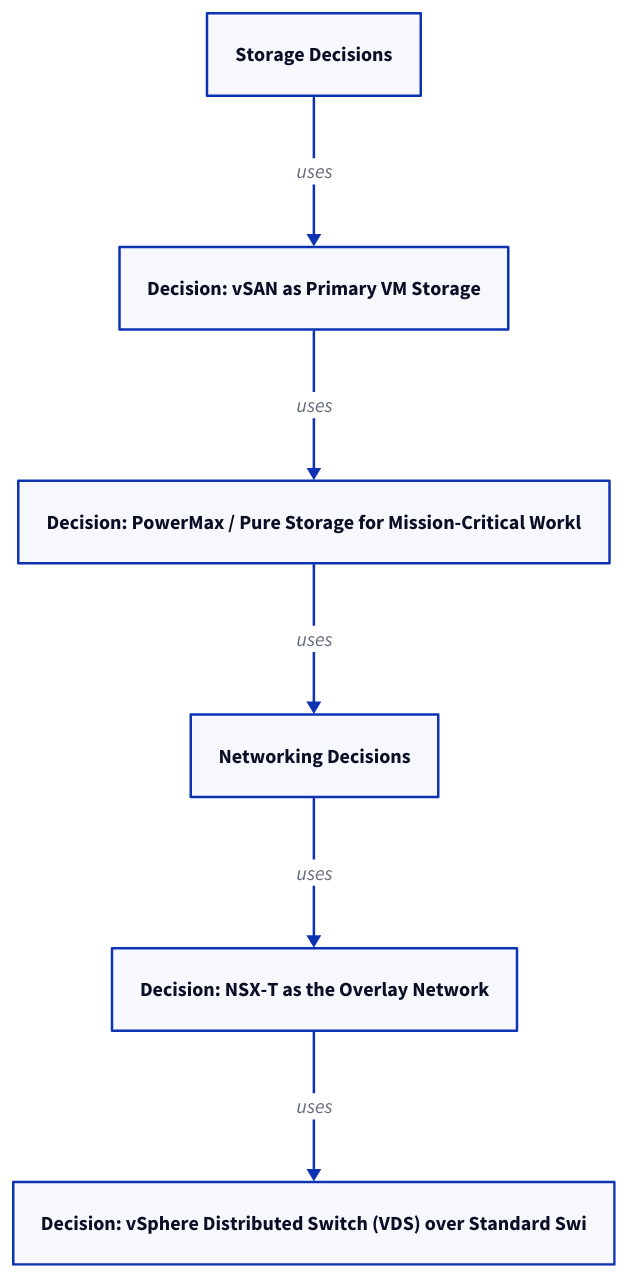
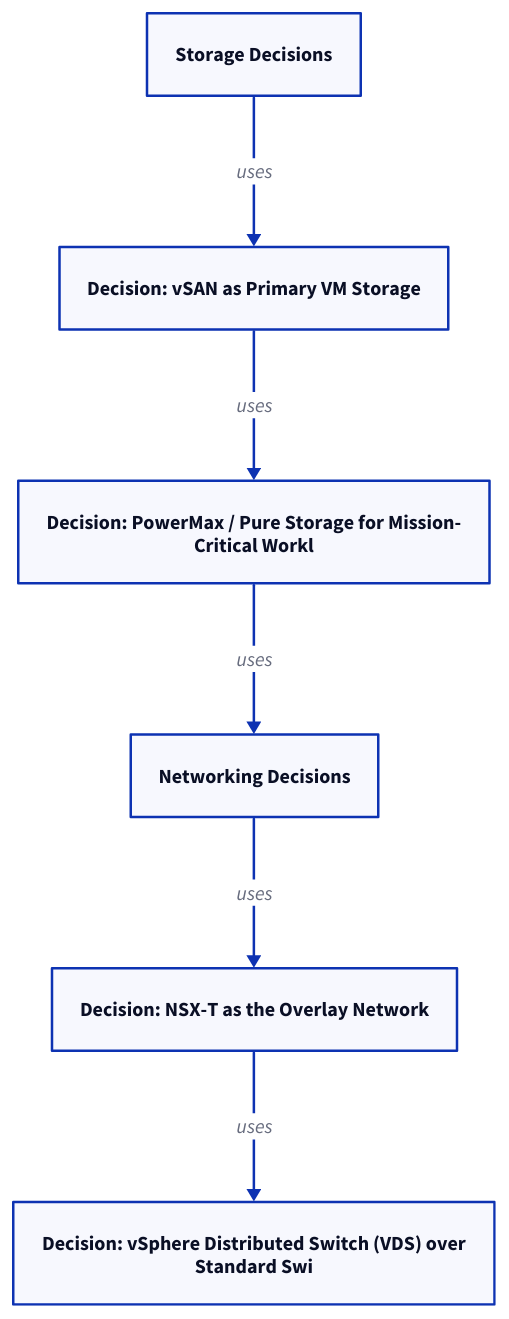
Before and after one commit to canast01/chris-kb: the diagram in docs/virtualization/vmware/reference/design-decisions/index.md, drawn with D2. The commit also changed 192 other files, not shown here.

````diff
--- a/docs/virtualization/vmware/reference/design-decisions/index.md
+++ b/docs/virtualization/vmware/reference/design-decisions/index.md
@@ -11,16 +11,16 @@
 ```d2
 direction: down
 
 storage_decisions: "Storage Decisions" {shape: rectangle}
 decision_vsan_as_primary_vm_storage: "Decision: vSAN as Primary VM Storage" {shape: rectangle}
-decision_powermax_pure_storage_for_m: "Decision: PowerMax / Pure Storage for Mission-Critical Workl" {shape: rectangle}
+decision_powermax_pure_storage_for_m: "Decision: PowerMax / Pure Storage for Mission-\nCritical Workl" {shape: rectangle}
 networking_decisions: "Networking Decisions" {shape: rectangle}
 decision_nsxt_as_the_overlay_network: "Decision: NSX-T as the Overlay Network" {shape: rectangle}
-decision_vsphere_distributed_switch_: "Decision: vSphere Distributed Switch (VDS) over Standard Swi" {shape: rectangle}
+decision_vsphere_distributed_switch_: "Decision: vSphere Distributed Switch (VDS) over\nStandard Swi" {shape: rectangle}
 
 storage_decisions -> decision_vsan_as_primary_vm_storage: uses
 decision_vsan_as_primary_vm_storage -> decision_powermax_pure_storage_for_m: uses
 decision_powermax_pure_storage_for_m -> networking_decisions: uses
 networking_decisions -> decision_nsxt_as_the_overlay_network: uses
 decision_nsxt_as_the_overlay_network -> decision_vsphere_distributed_switch_: uses
 ```
````
